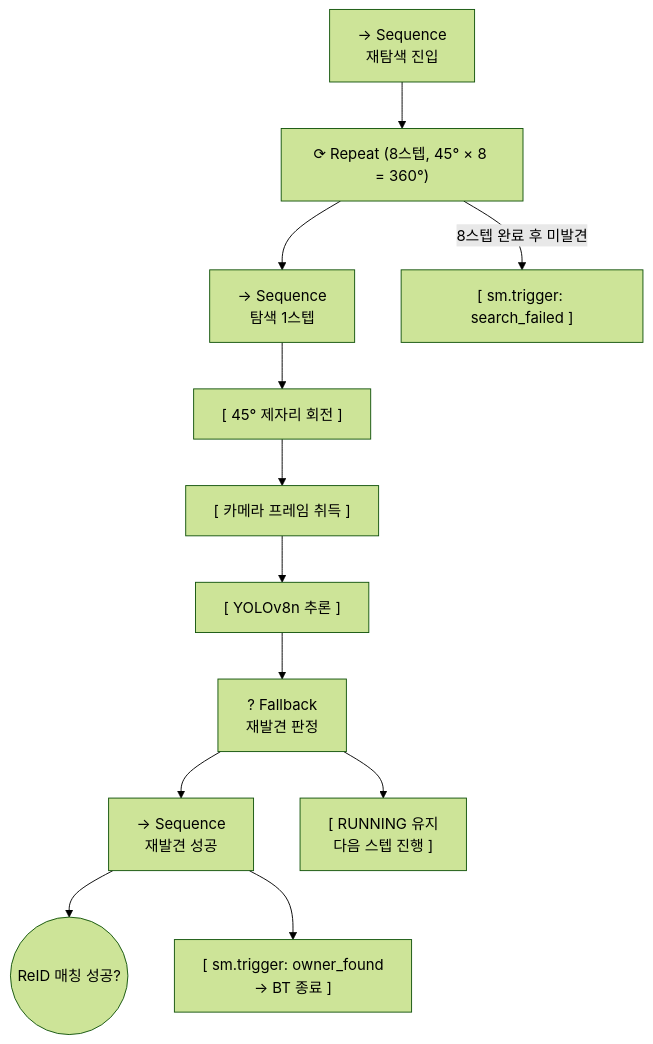
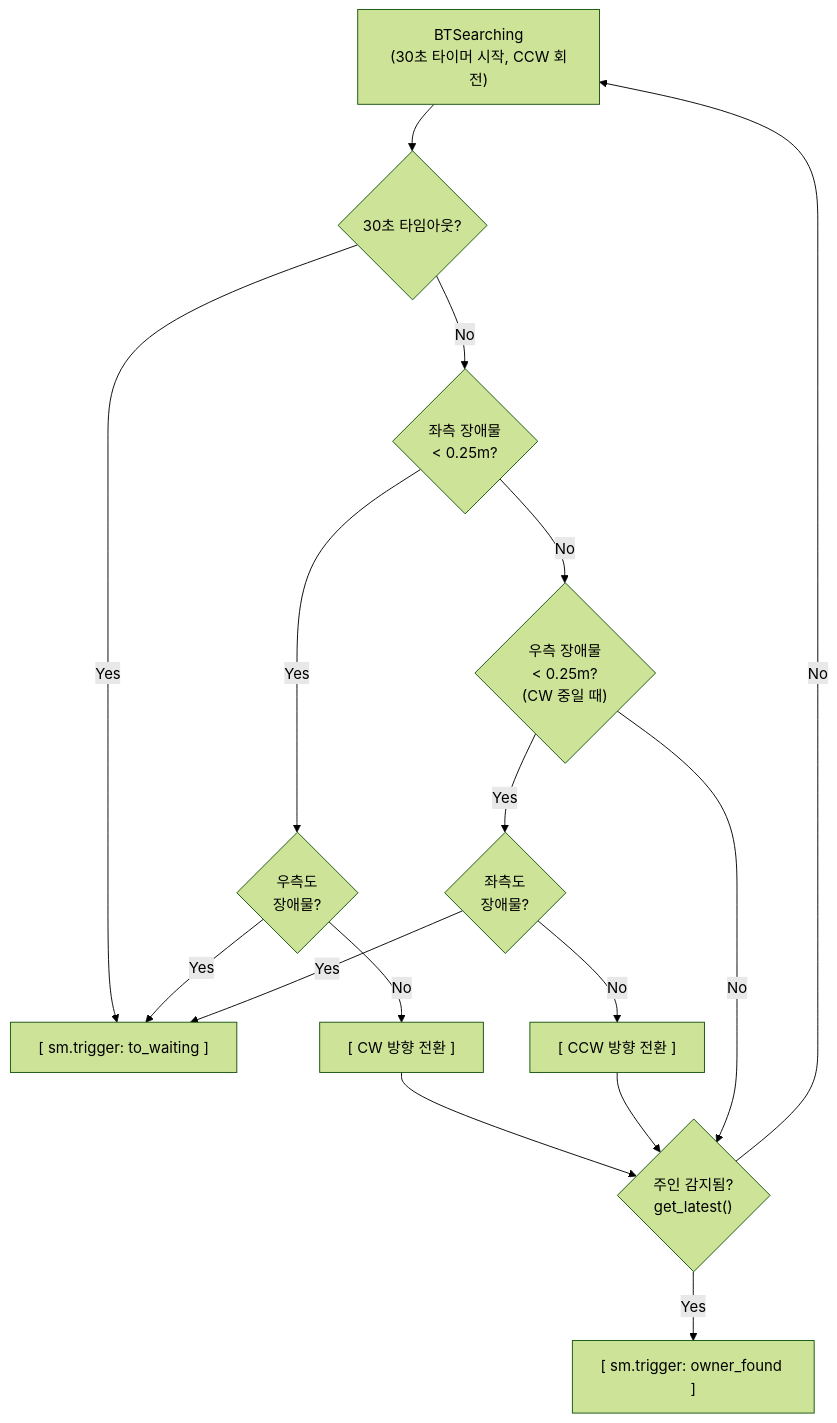
The second of 5 diagrams in docs/behavior_tree.md (addinedu-physicalai-1st/ros-repo-2), drawn with Mermaid (forest theme) before and after one commit. The commit also changed other lines of this file and 29 other files, not shown here.

````diff
--- a/docs/behavior_tree.md
+++ b/docs/behavior_tree.md
@@ -102,20 +102,24 @@
 ```mermaid
 flowchart TD
-    ROOT["→ Sequence\n재탐색 진입"]
-    ROOT --> REPEAT["⟳ Repeat (8스텝, 45° × 8 = 360°)"]
+    ROOT["BTSearching\n(30초 타이머 시작, CCW 회전)"]
 
-    REPEAT --> SEQ_STEP["→ Sequence\n탐색 1스텝"]
+    ROOT --> T{"30초 타임아웃?"}
+    T -- Yes --> W["[ sm.trigger: to_waiting ]"]
 
-    SEQ_STEP --> A1["[ 45° 제자리 회전 ]"]
-    A1 --> A2["[ 카메라 프레임 취득 ]"]
-    A2 --> A3["[ YOLOv8n 추론 ]"]
-    A3 --> FB["? Fallback\n재발견 판정"]
+    T -- No --> OBS_L{"좌측 장애물\n< 0.25m?"}
+    OBS_L -- Yes --> OBS_R{"우측도\n장애물?"}
+    OBS_R -- Yes --> W
+    OBS_R -- No --> SWITCH_CW["[ CW 방향 전환 ]"]
+    SWITCH_CW --> DET
 
-    FB --> SEQ_FOUND["→ Sequence\n재발견 성공"]
-    SEQ_FOUND --> C1(("ReID 매칭 성공?"))
-    SEQ_FOUND --> A4["[ sm.trigger: owner_found\n→ BT 종료 ]"]
+    OBS_L -- No --> OBS_R2{"우측 장애물\n< 0.25m?\n(CW 중일 때)"}
+    OBS_R2 -- Yes --> OBS_L2{"좌측도\n장애물?"}
+    OBS_L2 -- Yes --> W
+    OBS_L2 -- No --> SWITCH_CCW["[ CCW 방향 전환 ]"]
+    SWITCH_CCW --> DET
+    OBS_R2 -- No --> DET
 
-    FB --> A5["[ RUNNING 유지\n다음 스텝 진행 ]"]
-
-    REPEAT -- 8스텝 완료 후 미발견 --> A6["[ sm.trigger: search_failed ]"]
+    DET{"주인 감지됨?\nget_latest()"}
+    DET -- Yes --> F["[ sm.trigger: owner_found ]"]
+    DET -- No --> ROOT
 ```
````
